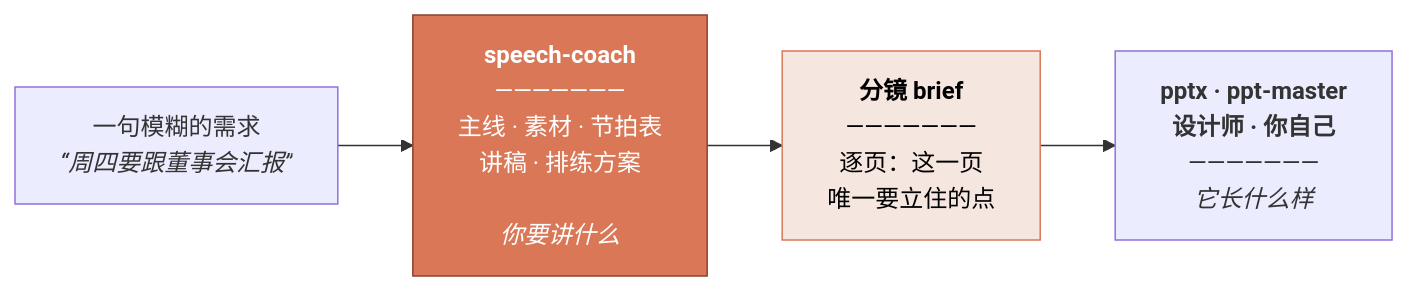
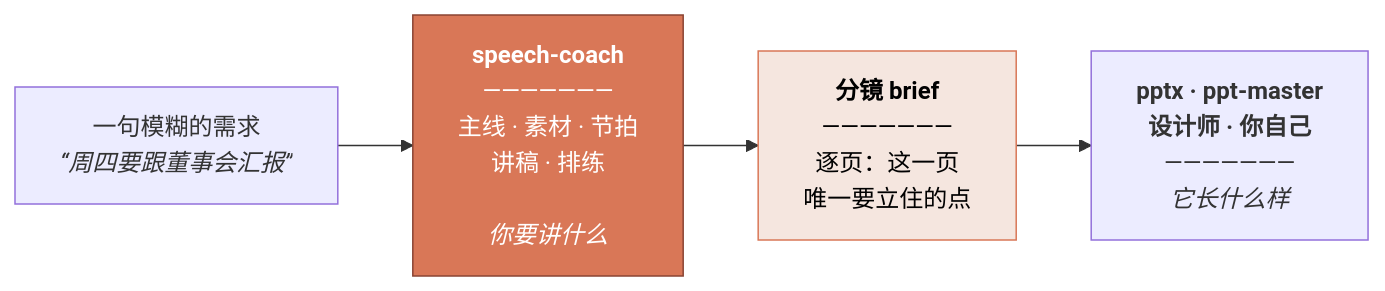
One commit to WinterDDo/Speech-Coach-Skill changed the diagram in README.zh-CN.md. Above: the diagram before and after it, drawn with Mermaid. The commit also changed other lines of this file and 1 other file, not shown here.

````diff
--- a/README.zh-CN.md
+++ b/README.zh-CN.md
@@ -34,9 +107,9 @@
 ```mermaid
 flowchart LR
     A["一句模糊的需求<br/><i>“周四要跟董事会汇报”</i>"] --> B
-    B["<b>speech-coach</b><br/>———————<br/>主线 · 素材 · 节拍表<br/>讲稿 · 排练方案<br/><br/><i>你要讲什么</i>"]
+    B["<b>speech-coach</b><br/>———————<br/>主线 · 素材 · 节拍<br/>讲稿 · 排练<br/><br/><i>你要讲什么</i>"]
     B --> C["<b>分镜 brief</b><br/>———————<br/>逐页：这一页<br/>唯一要立住的点"]
     C --> D["<b>pptx · ppt-master</b><br/><b>设计师 · 你自己</b><br/>———————<br/><i>它长什么样</i>"]
     style B fill:#D97757,stroke:#8a4433,color:#fff
     style C fill:#f5e6df,stroke:#D97757,color:#000
 ```
````
